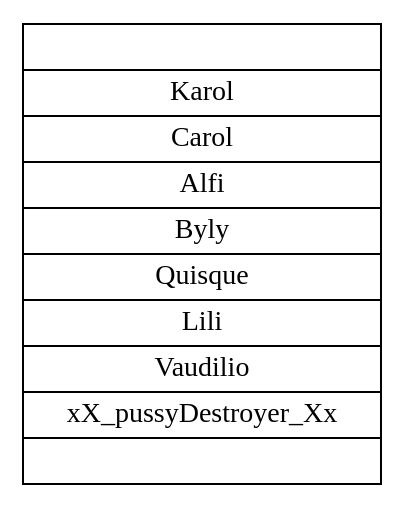
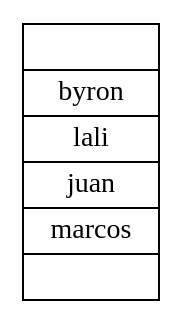
The diagram in preOrden.dot (ByLy23/Scrabble_CPP), drawn with Graphviz before and after one commit. The commit also changed 22 other files, not shown here.

```diff
--- a/preOrden.dot
+++ b/preOrden.dot
@@ -1,4 +1,4 @@
 digraph graficaPreorden{ 
  linkdir=LR 
- arreglo[shape= record label= "{|Karol|Carol|Alfi|Byly|Quisque|Lili|Vaudilio|xX_pussyDestroyer_Xx|}"];
+ arreglo[shape= record label= "{|byron|lali|juan|marcos|}"];
 }
```
